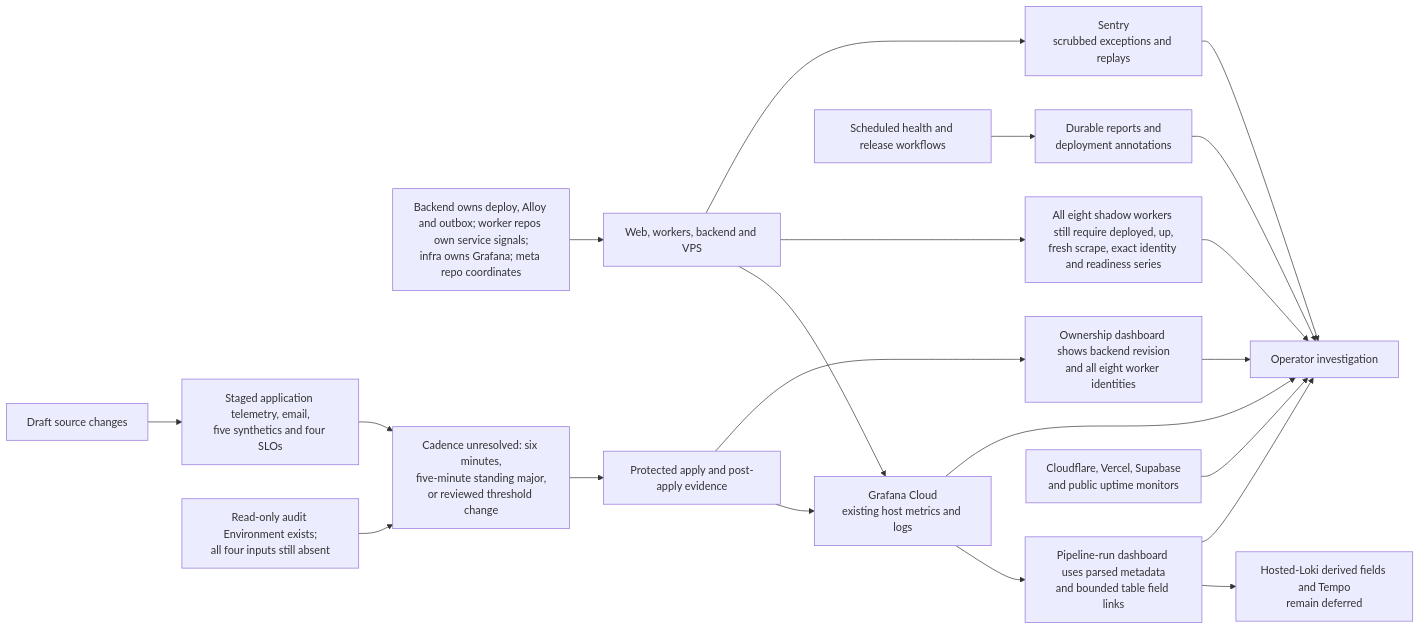
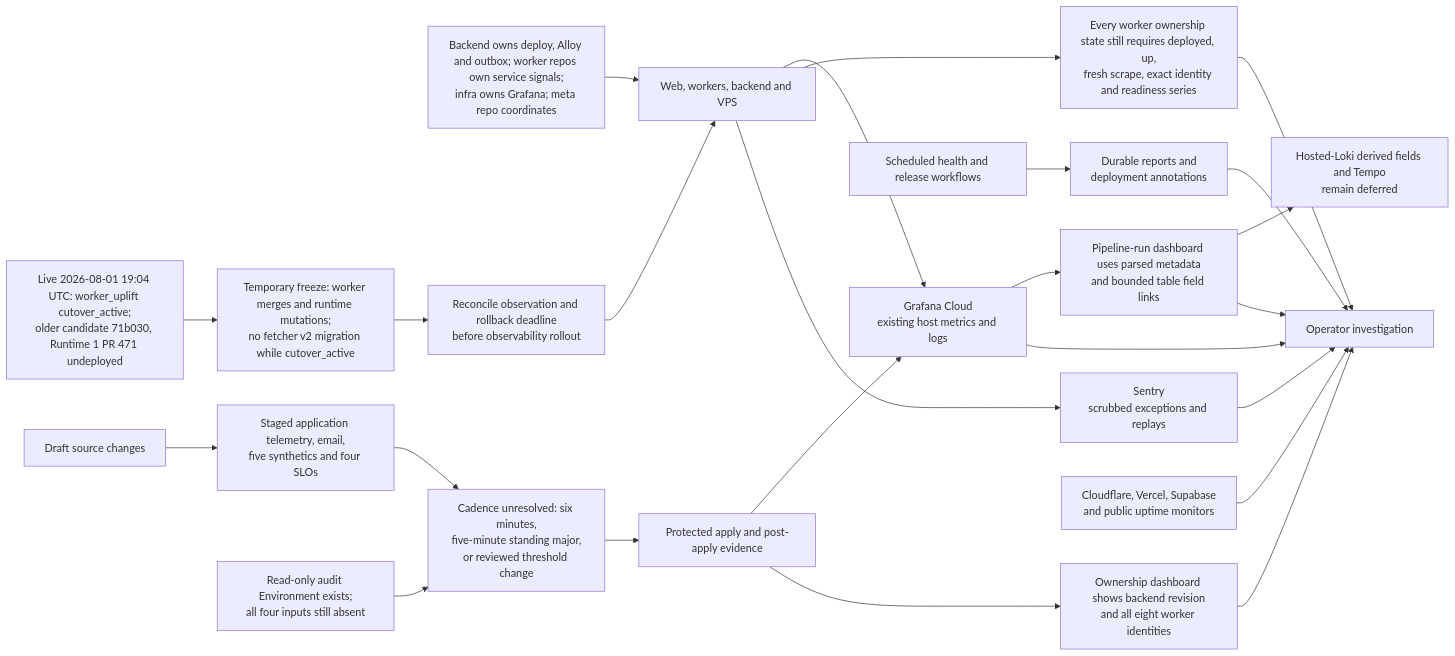
The diagram in diagrams/OBSERVABILITY.mmd (ramideltoro/nutsnews-docs), drawn with Mermaid before and after one commit. The commit also changed 24 other files, not shown here.

Commit message:
docs: record live worker cutover constraints

```diff
--- a/diagrams/OBSERVABILITY.mmd
+++ b/diagrams/OBSERVABILITY.mmd
@@ -1,27 +1,30 @@
 flowchart LR
   accTitle: NutsNews observability layers
   accDescr {
     NutsNews already has Grafana host metrics and logs. Draft application telemetry, managed
     alert email, five public synthetics, and four SLOs still require protected inputs, a
     synthetic cadence decision, apply, and live evidence. Sentry remains the exception store.
   }
   Services["Web, workers, backend and VPS"] --> Grafana["Grafana Cloud\nexisting host metrics and logs"]
   Owners["Backend owns deploy, Alloy and outbox; worker repos own service signals;\ninfra owns Grafana; meta repo coordinates"] --> Services
-  Services --> WorkerGate["All eight shadow workers still require deployed, up,\nfresh scrape, exact identity and readiness series"]
+  Services --> WorkerGate["Every worker ownership state still requires deployed, up,\nfresh scrape, exact identity and readiness series"]
+  Live["Live 2026-08-01 19:04 UTC: worker_uplift cutover_active;\nolder candidate 71b030, Runtime 1 PR 471 undeployed"] --> Freeze["Temporary freeze: worker merges and runtime mutations;\nno fetcher v2 migration while cutover_active"]
+  Freeze --> Reconcile["Reconcile observation and rollback deadline\nbefore observability rollout"]
+  Reconcile --> Services
   Staged["Draft source changes"] --> Pending["Staged application telemetry, email,\nfive synthetics and four SLOs"]
   Pending --> Choice["Cadence unresolved: six minutes,\nfive-minute standing major,\nor reviewed threshold change"]
   Readonly["Read-only audit Environment exists;\nall four inputs still absent"] --> Choice
   Choice --> Apply["Protected apply and post-apply evidence"]
   Apply --> Grafana
   Apply --> Ownership["Ownership dashboard shows backend revision\nand all eight worker identities"]
   Grafana --> Drilldown["Pipeline-run dashboard uses parsed metadata\nand bounded table field links"]
   Drilldown --> Deferred["Hosted-Loki derived fields and Tempo\nremain deferred"]
   Services --> Sentry["Sentry\nscrubbed exceptions and replays"]
   Workflows["Scheduled health and release workflows"] --> Reports["Durable reports and\ndeployment annotations"]
   Providers["Cloudflare, Vercel, Supabase\nand public uptime monitors"] --> Operator["Operator investigation"]
   Grafana --> Operator
   WorkerGate --> Operator
   Ownership --> Operator
   Drilldown --> Operator
   Sentry --> Operator
   Reports --> Operator
```
